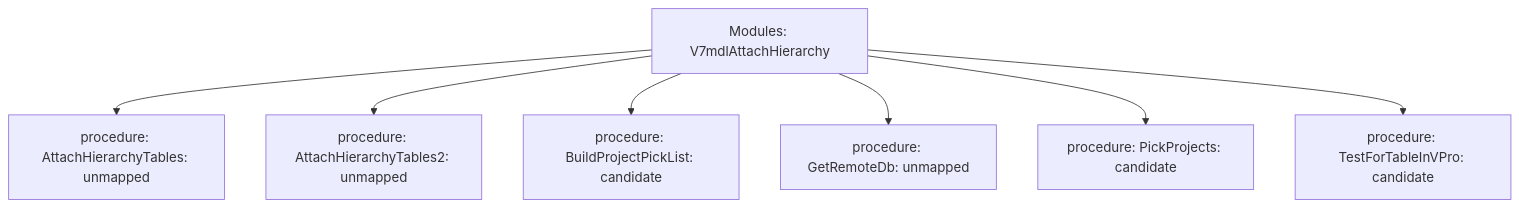
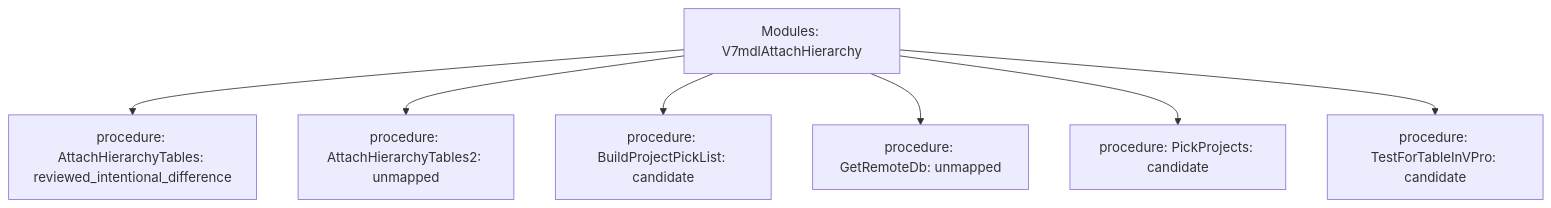
Before and after one commit to Boostao/vpro: the diagram in data-raw/parity/generated/trees/modules-v7mdlattachhierarchy.mmd, drawn with Mermaid. The commit also changed 108 other files, not shown here.

```diff
--- a/data-raw/parity/generated/trees/modules-v7mdlattachhierarchy.mmd
+++ b/data-raw/parity/generated/trees/modules-v7mdlattachhierarchy.mmd
@@ -1,8 +1,8 @@
 flowchart TD
   root[Modules: V7mdlAttachHierarchy]
-  root --> n1[procedure: AttachHierarchyTables: unmapped]
+  root --> n1[procedure: AttachHierarchyTables: reviewed_intentional_difference]
   root --> n2[procedure: AttachHierarchyTables2: unmapped]
   root --> n3[procedure: BuildProjectPickList: candidate]
   root --> n4[procedure: GetRemoteDb: unmapped]
   root --> n5[procedure: PickProjects: candidate]
   root --> n6[procedure: TestForTableInVPro: candidate]
```
